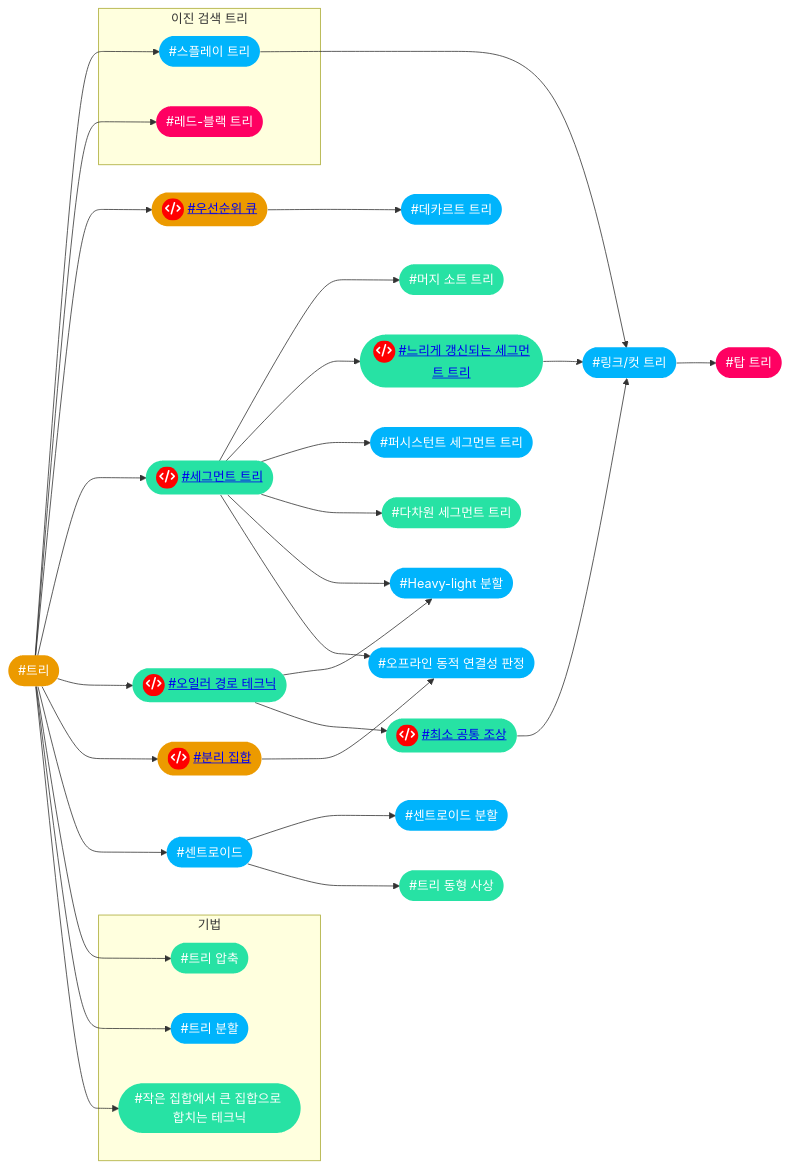
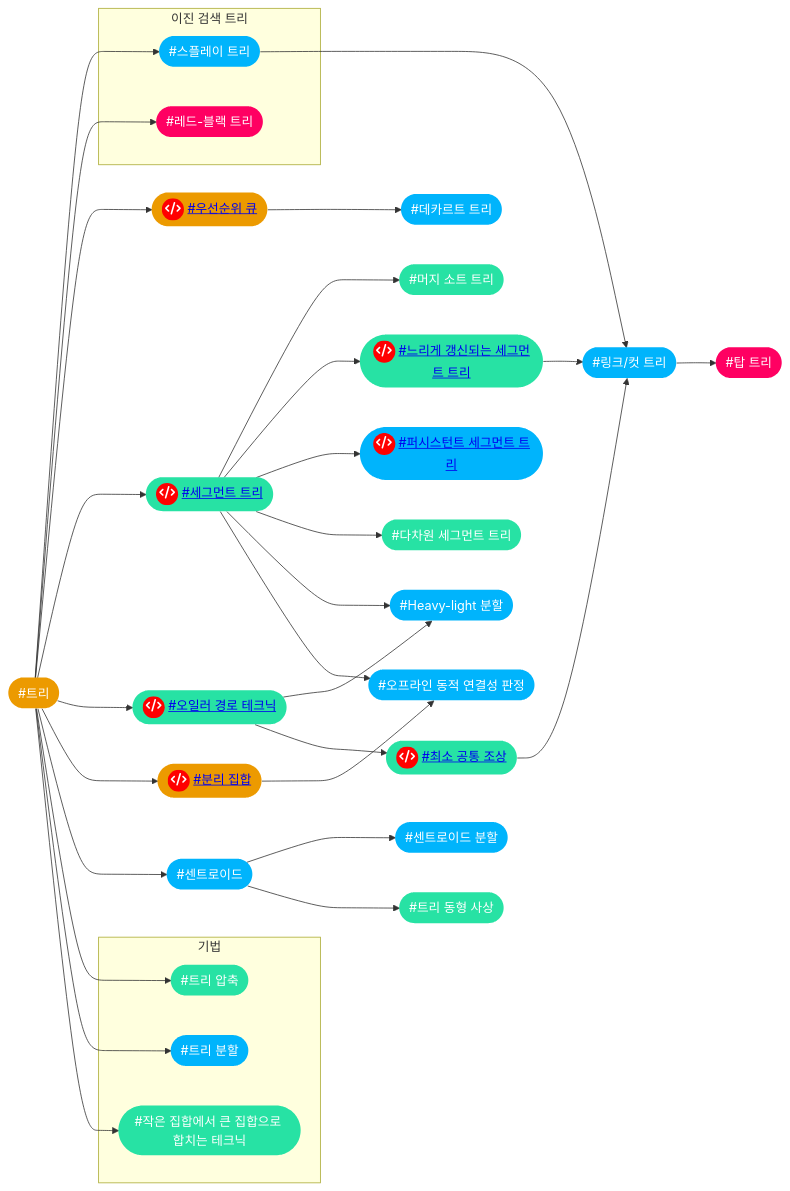
Before and after one commit to CHOYUNSIG/algorithm_with_boj: the sixth of 17 diagrams in index.md, drawn with Mermaid. The commit also changed 6 other files, not shown here.

```diff
--- a/index.md
+++ b/index.md
@@ -217,72 +217,72 @@
 <pre class="mermaid">
     graph LR
 
     #trees --> #splay_tree
     #trees --> #rb_tree
     #trees --> #priority_queue
     #trees --> #segtree
     #trees --> #euler_tour_technique
     #trees --> #disjoint_set
     #trees --> #centroid
     #trees --> #tree_compression
     #trees --> #tree_decomposition
     #trees --> #smaller_to_larger
     #priority_queue --> #cartesian_tree
     #lca --> #link_cut_tree
     #centroid --> #centroid_decomposition
     #centroid --> #tree_isomorphism
     #splay_tree --> #link_cut_tree
     #link_cut_tree --> #top_tree
     #segtree --> #merge_sort_tree
     #segtree --> #lazyprop
     #segtree --> #pst
     #segtree --> #multi_segtree
     #segtree --> #hld
     #segtree --> #offline_dynamic_connectivity
     #euler_tour_technique --> #hld
     #euler_tour_technique --> #lca
     #lazyprop --> #link_cut_tree
     #disjoint_set --> #offline_dynamic_connectivity
 
     subgraph 이진 검색 트리
         #splay_tree
         #rb_tree
     end
 
     subgraph 기법
         #tree_compression
         #tree_decomposition
         #smaller_to_larger
     end
 
     #hld(["#Heavy-light 분할"]):::tier4
     #lazyprop(["<span style="background-color: red; border-radius: 50%; display:inline-block; width:28px; height:28px">fa:fa-code</span> <a href="post/2024/01/29/lazyprop.html">#느리게 갱신되는 세그먼트 트리</a>"]):::tier3
     #multi_segtree(["#다차원 세그먼트 트리"]):::tier3
     #cartesian_tree(["#데카르트 트리"]):::tier4
     #rb_tree(["#레드-블랙 트리"]):::tier5
     #link_cut_tree(["#링크/컷 트리"]):::tier4
     #merge_sort_tree(["#머지 소트 트리"]):::tier3
     #disjoint_set(["<span style="background-color: red; border-radius: 50%; display:inline-block; width:28px; height:28px">fa:fa-code</span> <a href="post/2024/01/13/disjoint_set.html">#분리 집합</a>"]):::tier2
     #segtree(["<span style="background-color: red; border-radius: 50%; display:inline-block; width:28px; height:28px">fa:fa-code</span> <a href="post/2024/01/11/segtree.html">#세그먼트 트리</a>"]):::tier3
     #centroid(["#센트로이드"]):::tier4
     #centroid_decomposition(["#센트로이드 분할"]):::tier4
     #splay_tree(["#스플레이 트리"]):::tier4
     #euler_tour_technique(["<span style="background-color: red; border-radius: 50%; display:inline-block; width:28px; height:28px">fa:fa-code</span> <a href="post/2024/01/18/euler_tour_technique.html">#오일러 경로 테크닉</a>"]):::tier3
     #offline_dynamic_connectivity(["#오프라인 동적 연결성 판정"]):::tier4
     #priority_queue(["<span style="background-color: red; border-radius: 50%; display:inline-block; width:28px; height:28px">fa:fa-code</span> <a href="post/2024/01/15/priority_queue.html">#우선순위 큐</a>"]):::tier2
     #smaller_to_larger(["#작은 집합에서 큰 집합으로 합치는 테크닉"]):::tier3
     #lca(["<span style="background-color: red; border-radius: 50%; display:inline-block; width:28px; height:28px">fa:fa-code</span> <a href="post/2024/01/20/lca.html">#최소 공통 조상</a>"]):::tier3
     #top_tree(["#탑 트리"]):::tier5
     #trees(["#트리"]):::tier2
     #tree_isomorphism(["#트리 동형 사상"]):::tier3
     #tree_decomposition(["#트리 분할"]):::tier4
     #tree_compression(["#트리 압축"]):::tier3
-    #pst(["#퍼시스턴트 세그먼트 트리"]):::tier4
+    #pst(["<span style="background-color: red; border-radius: 50%; display:inline-block; width:28px; height:28px">fa:fa-code</span> <a href="post/2024/01/30/pst.html">#퍼시스턴트 세그먼트 트리</a>"]):::tier4
 
     classDef tier0 fill:#ad5600, color:#fff, stroke:#0000
     classDef tier1 fill:#435f7a, color:#fff, stroke:#0000
     classDef tier2 fill:#ec9a00, color:#fff, stroke:#0000
     classDef tier3 fill:#27e2a4, color:#fff, stroke:#0000
     classDef tier4 fill:#00b4fc, color:#fff, stroke:#0000
     classDef tier5 fill:#ff0062, color:#fff, stroke:#0000
 </pre>
```
